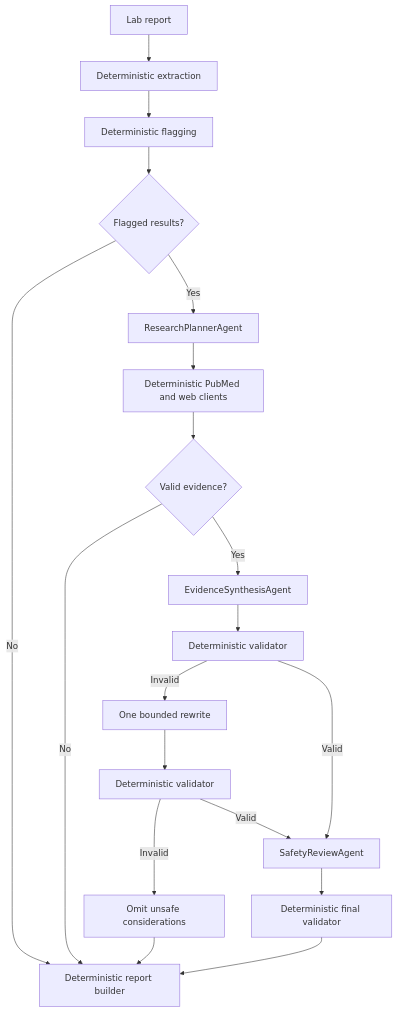
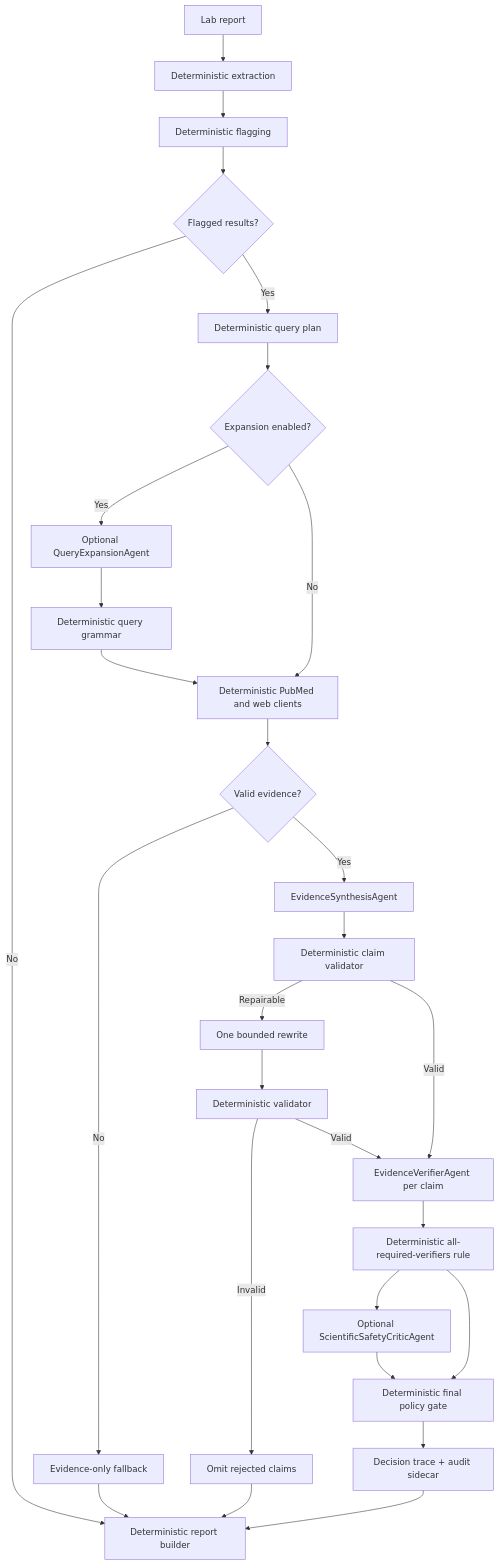
Before and after one commit to Shavindra/adaseel: the diagram in medlens/docs/MULTI_AGENT_RESEARCH_RUNBOOK.md, drawn with Mermaid. The commit also changed other lines of this file, not shown here.

````diff
--- a/medlens/docs/MULTI_AGENT_RESEARCH_RUNBOOK.md
+++ b/medlens/docs/MULTI_AGENT_RESEARCH_RUNBOOK.md
@@ -29,21 +68,30 @@
 ```mermaid
 flowchart TD
     Input[Lab report] --> Extract[Deterministic extraction]
     Extract --> Flag[Deterministic flagging]
     Flag --> HasAbnormal{Flagged results?}
     HasAbnormal -->|No| Report[Deterministic report builder]
-    HasAbnormal -->|Yes| Planner[ResearchPlannerAgent]
-    Planner --> Search[Deterministic PubMed and web clients]
+    HasAbnormal -->|Yes| Plan[Deterministic query plan]
+    Plan --> Expand{Expansion enabled?}
+    Expand -->|Yes| Planner[Optional QueryExpansionAgent]
+    Expand -->|No| Search[Deterministic PubMed and web clients]
+    Planner --> QueryValidate[Deterministic query grammar]
+    QueryValidate --> Search
     Search --> HasEvidence{Valid evidence?}
-    HasEvidence -->|No| Report
+    HasEvidence -->|No| EvidenceOnly[Evidence-only fallback]
     HasEvidence -->|Yes| Synthesis[EvidenceSynthesisAgent]
-    Synthesis --> Validate[Deterministic validator]
-    Validate -->|Invalid| Rewrite[One bounded rewrite]
+    Synthesis --> Validate[Deterministic claim validator]
+    Validate -->|Repairable| Rewrite[One bounded rewrite]
     Rewrite --> ValidateAgain[Deterministic validator]
-    ValidateAgain -->|Invalid| Omit[Omit unsafe considerations]
-    ValidateAgain -->|Valid| Reviewer[SafetyReviewAgent]
-    Validate -->|Valid| Reviewer
-    Reviewer --> FinalValidate[Deterministic final validator]
-    FinalValidate --> Report
+    ValidateAgain -->|Invalid| Omit[Omit rejected claims]
+    ValidateAgain -->|Valid| Verify[EvidenceVerifierAgent per claim]
+    Validate -->|Valid| Verify
+    Verify --> Consensus[Deterministic all-required-verifiers rule]
+    Consensus --> Critic[Optional ScientificSafetyCriticAgent]
+    Critic --> FinalValidate[Deterministic final policy gate]
+    Consensus --> FinalValidate
+    FinalValidate --> Trace[Decision trace + audit sidecar]
+    Trace --> Report
     Omit --> Report
+    EvidenceOnly --> Report
 ```
````
